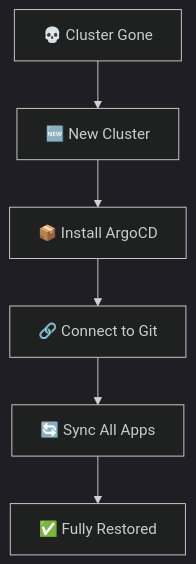
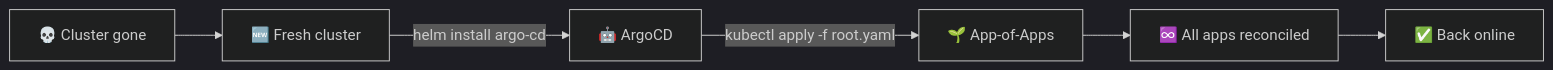
One commit to inno-devops-labs/DevOps-Core-Course changed the seventh of 8 diagrams in lectures/lec13.md. Above: the diagram before and after it, drawn with Mermaid (dark theme). The commit also changed other lines of this file and 24 other files, not shown here.

````diff
--- a/lectures/lec13.md
+++ b/lectures/lec13.md
@@ -655,8 +473,8 @@
 ```mermaid
-flowchart TD
-  A[💀 Cluster Gone] --> B[🆕 New Cluster]
-  B --> C[📦 Install ArgoCD]
-  C --> D[🔗 Connect to Git]
-  D --> E[🔄 Sync All Apps]
-  E --> F[✅ Fully Restored]
+flowchart LR
+  Dead[💀 Cluster gone] --> New[🆕 Fresh cluster]
+  New -->|helm install argo-cd| Argo[🤖 ArgoCD]
+  Argo -->|kubectl apply -f root.yaml| Root[🌱 App-of-Apps]
+  Root --> All[♾️ All apps reconciled]
+  All --> Back[✅ Back online]
 ```
````
